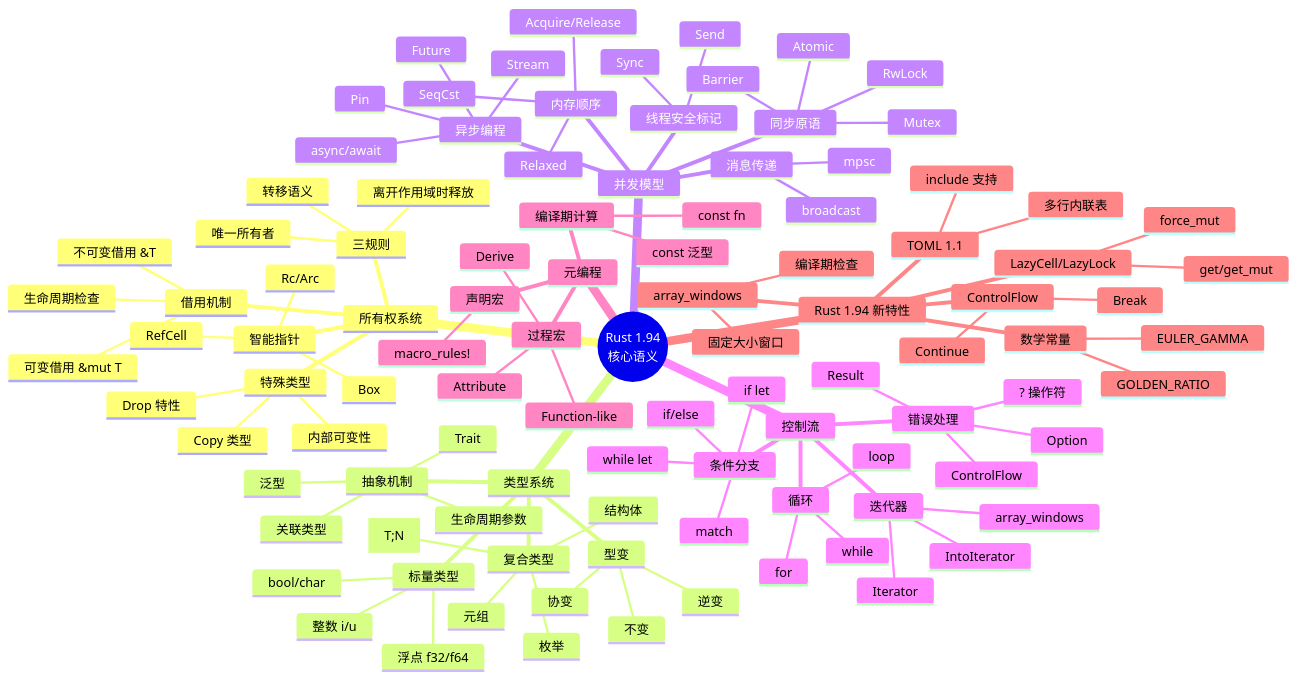
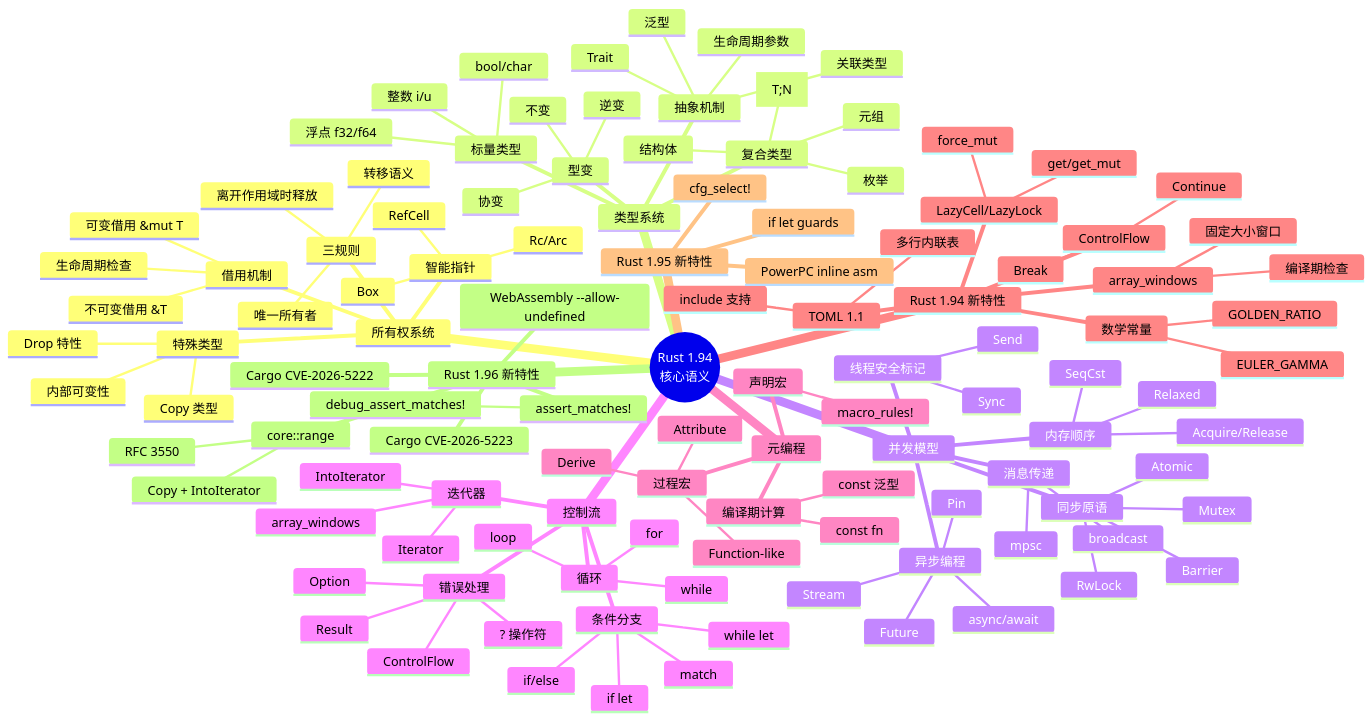
Before and after one commit to martin-ly/rust-lang: the first of 8 diagrams in docs/research_notes/10_rust_194_mind_representations.md, drawn with Mermaid. The commit also changed other lines of this file and 176 other files, not shown here.

````diff
--- a/docs/research_notes/10_rust_194_mind_representations.md
+++ b/docs/research_notes/10_rust_194_mind_representations.md
@@ -162,4 +165,17 @@
       TOML 1.1
         多行内联表
         include 支持
+    Rust 1.95 新特性
+      if let guards
+      cfg_select!
+      PowerPC inline asm
+    Rust 1.96 新特性
+      core::range
+        Copy + IntoIterator
+        RFC 3550
+      assert_matches!
+        debug_assert_matches!
+      Cargo CVE-2026-5223
+      Cargo CVE-2026-5222
+      WebAssembly --allow-undefined
 ```
````
